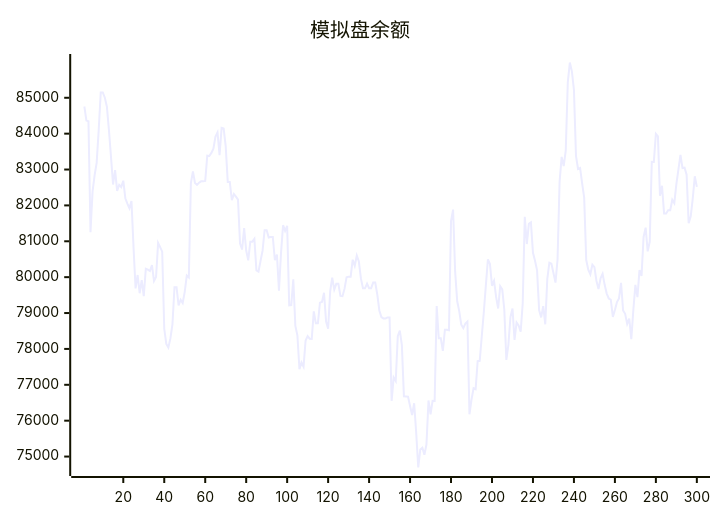
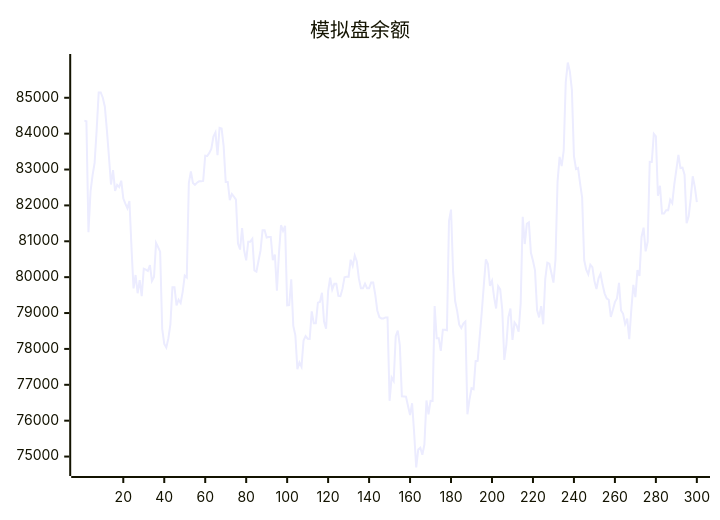
One commit to aahl/ai-trading changed the diagram in README.md. Above: the diagram before and after it, drawn with Mermaid. The commit also changed other lines of this file and 1 other file, not shown here.

````diff
--- a/README.md
+++ b/README.md
@@ -5,5 +5,5 @@
 ```mermaid
 xychart
     title "模拟盘余额"
-    line [84757,84364,84347,81254,82385,82835,83184,84099,85150,85150,85002,84751,84096,83356,82582,82983,82404,82572,82512,82688,82200,82047,81920,82125,80840,79688,80060,79552,79920,79470,80236,80208,80170,80336,79894,80006,80954,80837,80712,78561,78139,78037,78293,78682,79720,79720,79214,79372,79279,79591,80046,79993,82625,82950,82626,82571,82633,82670,82670,82681,83386,83378,83464,83579,83920,84037,83402,84160,84142,83652,82655,82655,82145,82315,82243,82163,80934,80770,81371,80742,80468,80989,80989,81067,80191,80155,80450,80737,81309,81309,81106,81119,81119,80471,80631,79624,80670,81448,81290,81429,79212,79222,79940,78643,78380,77432,77623,77504,78235,78358,78284,78277,79048,78714,78714,79290,79308,79567,78763,78563,79603,79988,79652,79813,79813,79476,79469,79673,79995,80015,80015,80486,80314,80600,80436,79966,79689,79689,79819,79692,79692,79850,79850,79518,79071,78889,78850,78850,78878,78878,76554,77202,77103,78357,78510,78106,76678,76677,76672,76411,76159,76485,75656,74695,75197,75246,75052,75334,76564,76179,76553,76551,79196,78300,78300,77944,78531,78531,78521,81564,81884,80160,79335,79055,78675,78580,78708,78764,76179,76586,76902,76876,77658,77669,78346,79023,79769,80497,80366,79761,79896,79448,79126,79749,79658,79097,77695,78114,78888,79126,78249,78738,78653,78478,79271,81680,80923,81488,81527,80681,80455,80190,79084,78879,79193,78686,79954,80403,80374,80118,79848,80491,82665,83351,83098,83525,85430,85983,85737,85221,83378,83014,83043,82613,82216,80477,80208,80081,80348,80277,79894,79670,79965,80093,79786,79542,79406,79371,78893,79087,79304,79406,79841,79072,78978,78696,78846,78272,79085,79787,79442,80198,80031,81120,81379,80718,80985,83214,83212,83993,83921,82270,82547,81776,81776,81866,81866,82158,82061,82596,83000,83408,83041,83050,82858,81503,81691,82188,82812,82517]
+    line [84364,84347,81254,82385,82835,83184,84099,85150,85150,85002,84751,84096,83356,82582,82983,82404,82572,82512,82688,82200,82047,81920,82125,80840,79688,80060,79552,79920,79470,80236,80208,80170,80336,79894,80006,80954,80837,80712,78561,78139,78037,78293,78682,79720,79720,79214,79372,79279,79591,80046,79993,82625,82950,82626,82571,82633,82670,82670,82681,83386,83378,83464,83579,83920,84037,83402,84160,84142,83652,82655,82655,82145,82315,82243,82163,80934,80770,81371,80742,80468,80989,80989,81067,80191,80155,80450,80737,81309,81309,81106,81119,81119,80471,80631,79624,80670,81448,81290,81429,79212,79222,79940,78643,78380,77432,77623,77504,78235,78358,78284,78277,79048,78714,78714,79290,79308,79567,78763,78563,79603,79988,79652,79813,79813,79476,79469,79673,79995,80015,80015,80486,80314,80600,80436,79966,79689,79689,79819,79692,79692,79850,79850,79518,79071,78889,78850,78850,78878,78878,76554,77202,77103,78357,78510,78106,76678,76677,76672,76411,76159,76485,75656,74695,75197,75246,75052,75334,76564,76179,76553,76551,79196,78300,78300,77944,78531,78531,78521,81564,81884,80160,79335,79055,78675,78580,78708,78764,76179,76586,76902,76876,77658,77669,78346,79023,79769,80497,80366,79761,79896,79448,79126,79749,79658,79097,77695,78114,78888,79126,78249,78738,78653,78478,79271,81680,80923,81488,81527,80681,80455,80190,79084,78879,79193,78686,79954,80403,80374,80118,79848,80491,82665,83351,83098,83525,85430,85983,85737,85221,83378,83014,83043,82613,82216,80477,80208,80081,80348,80277,79894,79670,79965,80093,79786,79542,79406,79371,78893,79087,79304,79406,79841,79072,78978,78696,78846,78272,79085,79787,79442,80198,80031,81120,81379,80718,80985,83214,83212,83993,83921,82270,82547,81776,81776,81866,81866,82158,82061,82596,83000,83408,83041,83050,82858,81503,81691,82188,82812,82517,82092]
 ```
````
